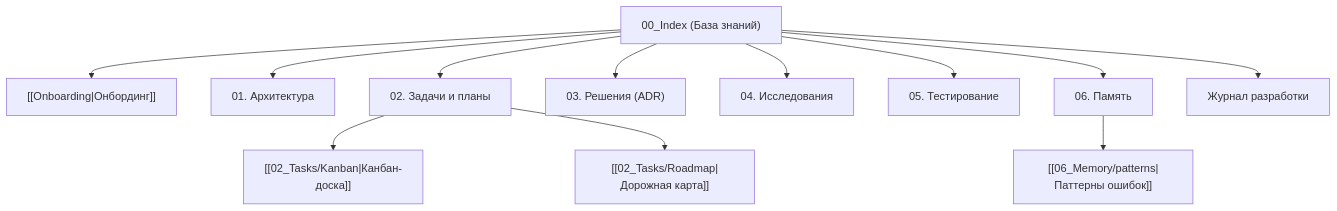
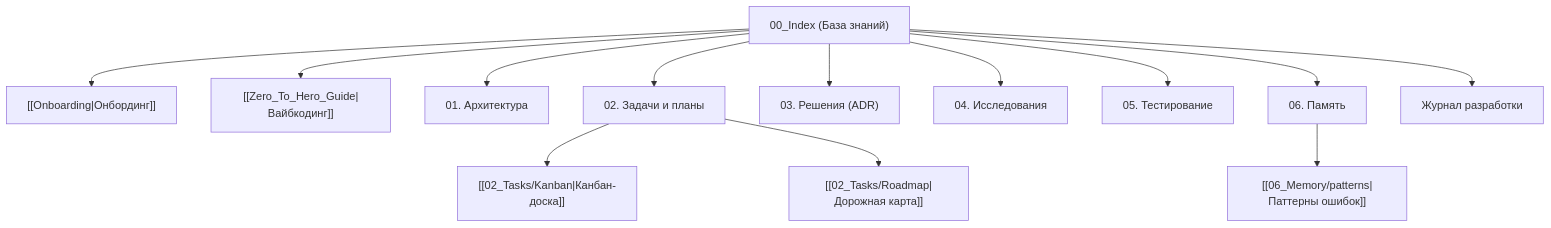
Before and after one commit to koudinie101-png/agent-docs-harness: the diagram in docs/00_Index.md, drawn with Mermaid. The commit also changed other lines of this file and 23 other files, not shown here.

````diff
--- a/docs/00_Index.md
+++ b/docs/00_Index.md
@@ -27,15 +28,16 @@
 ```mermaid
 flowchart TD
     Index["00_Index (База знаний)"] --> Onboarding["[[Onboarding|Онбординг]]"]
+    Index --> Zero["[[Zero_To_Hero_Guide|Вайбкодинг]]"]
     Index --> Arch["01. Архитектура"]
     Index --> Tasks["02. Задачи и планы"]
     Index --> ADR["03. Решения (ADR)"]
     Index --> Research["04. Исследования"]
     Index --> Testing["05. Тестирование"]
     Index --> Memory["06. Память"]
     Index --> Devlog["Журнал разработки"]
 
     Tasks --> Kanban["[[02_Tasks/Kanban|Канбан-доска]]"]
     Tasks --> Roadmap["[[02_Tasks/Roadmap|Дорожная карта]]"]
     Memory --> Patterns["[[06_Memory/patterns|Паттерны ошибок]]"]
 ```
````
